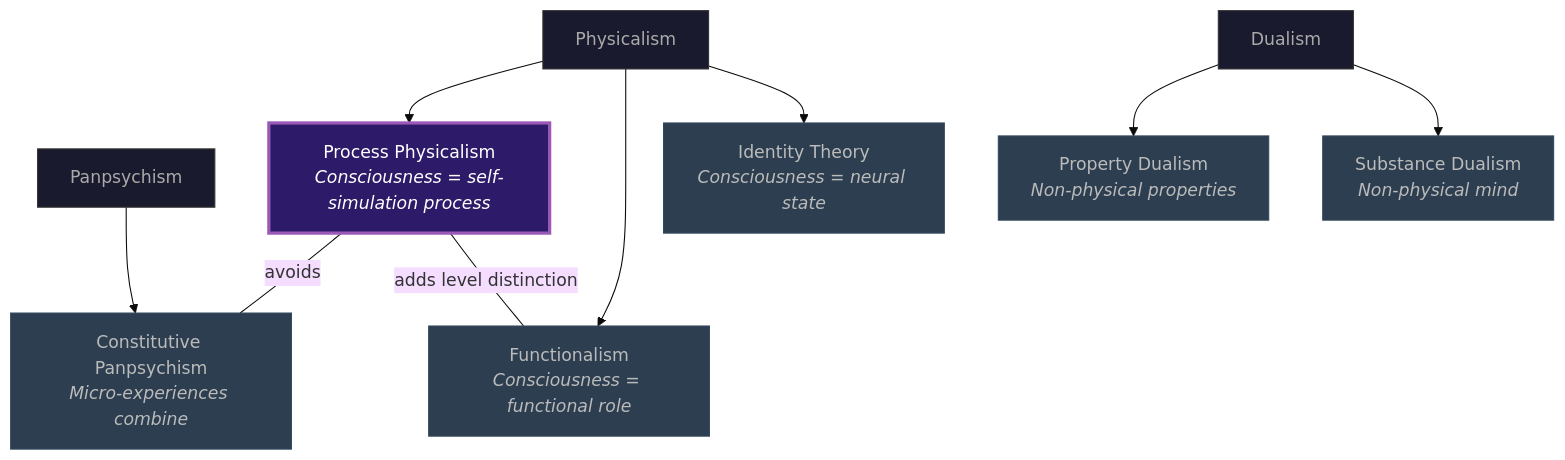
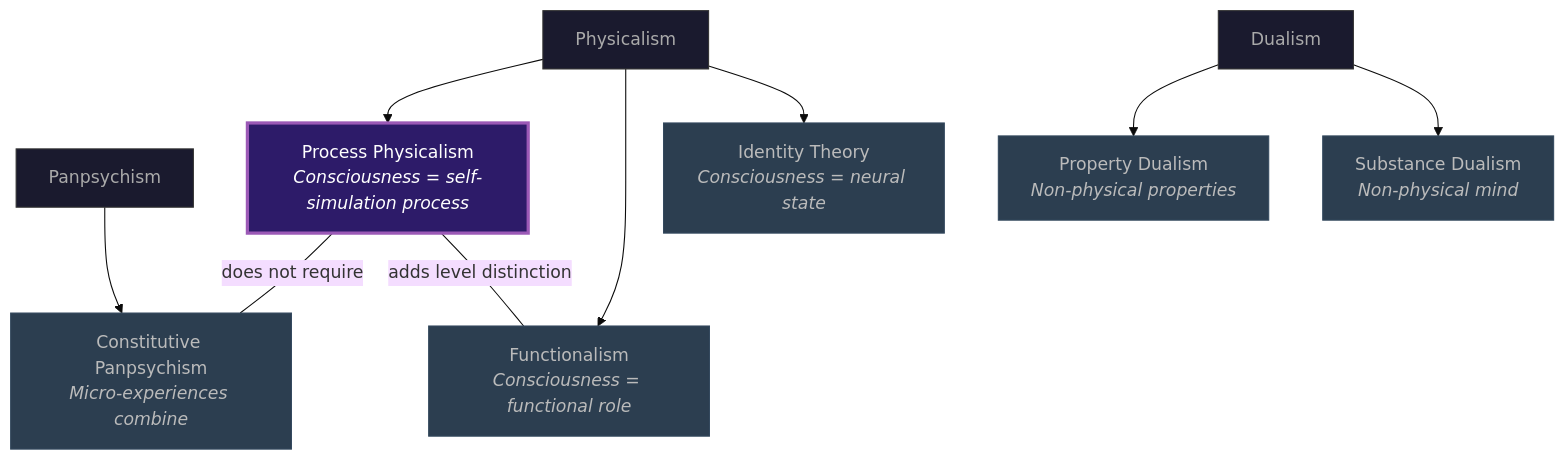
Before and after one commit to JeltzProstetnic/aIware: the diagram in wiki/philosophical/process-physicalism.md, drawn with Mermaid (base theme). The commit also changed other lines of this file and 42 other files, not shown here.

````diff
--- a/wiki/philosophical/process-physicalism.md
+++ b/wiki/philosophical/process-physicalism.md
@@ -33,28 +33,28 @@
 ```mermaid
 graph TB
     PHYS["Physicalism"]
     DUAL["Dualism"]
     PAN["Panpsychism"]
 
     PHYS --> ID["Identity Theory<br/><i>Consciousness = neural state</i>"]
     PHYS --> FUNC["Functionalism<br/><i>Consciousness = functional role</i>"]
     PHYS --> PP["Process Physicalism<br/><i>Consciousness = self-simulation process</i>"]
 
     DUAL --> SD["Substance Dualism<br/><i>Non-physical mind</i>"]
     DUAL --> PD["Property Dualism<br/><i>Non-physical properties</i>"]
 
     PAN --> CPAN["Constitutive Panpsychism<br/><i>Micro-experiences combine</i>"]
 
     PP ---|"adds level distinction"| FUNC
-    PP ---|"avoids"| CPAN
+    PP ---|"does not require"| CPAN
 
     style PP fill:#2d1b69,stroke:#9b59b6,color:#fff,stroke-width:3px
     style ID fill:#2c3e50,stroke:#34495e,color:#bbb
     style FUNC fill:#2c3e50,stroke:#34495e,color:#bbb
     style SD fill:#2c3e50,stroke:#34495e,color:#bbb
     style PD fill:#2c3e50,stroke:#34495e,color:#bbb
     style CPAN fill:#2c3e50,stroke:#34495e,color:#bbb
     style PHYS fill:#1a1a2e,stroke:#333,color:#aaa
     style DUAL fill:#1a1a2e,stroke:#333,color:#aaa
     style PAN fill:#1a1a2e,stroke:#333,color:#aaa
 ```
````
